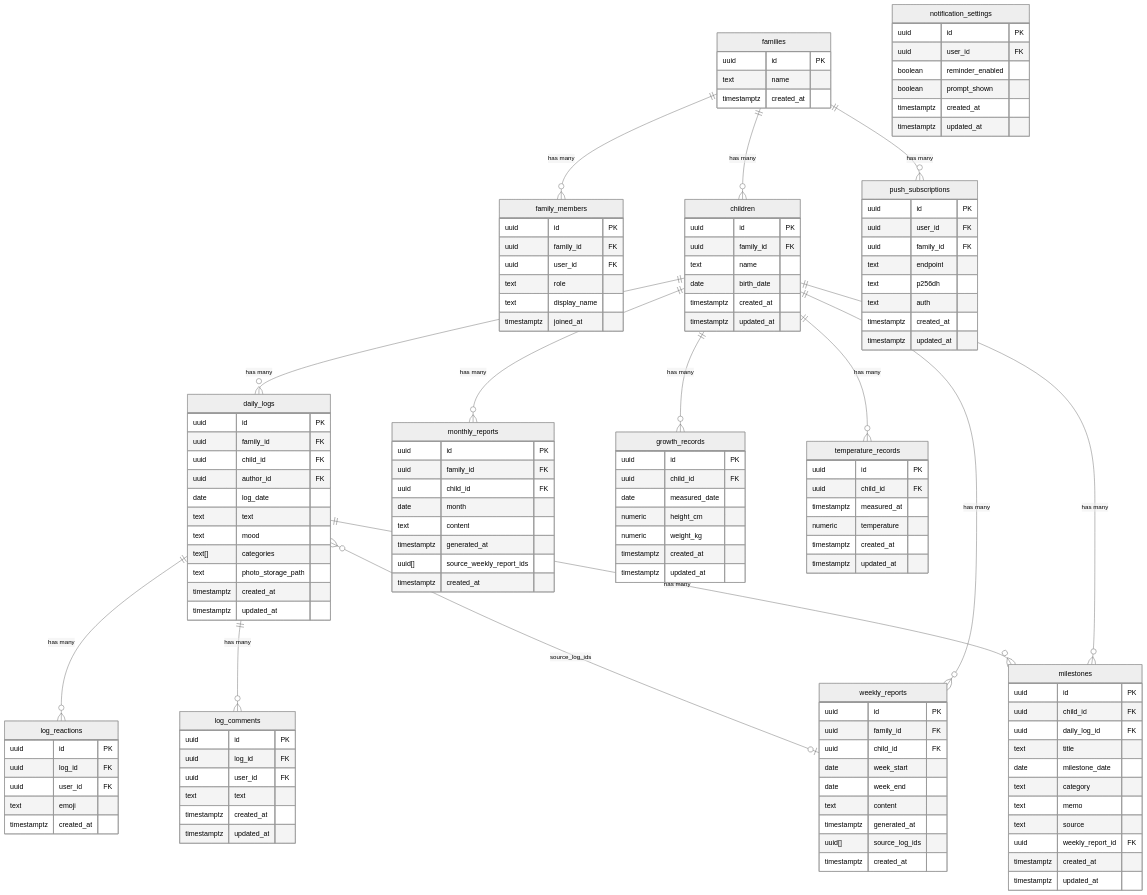
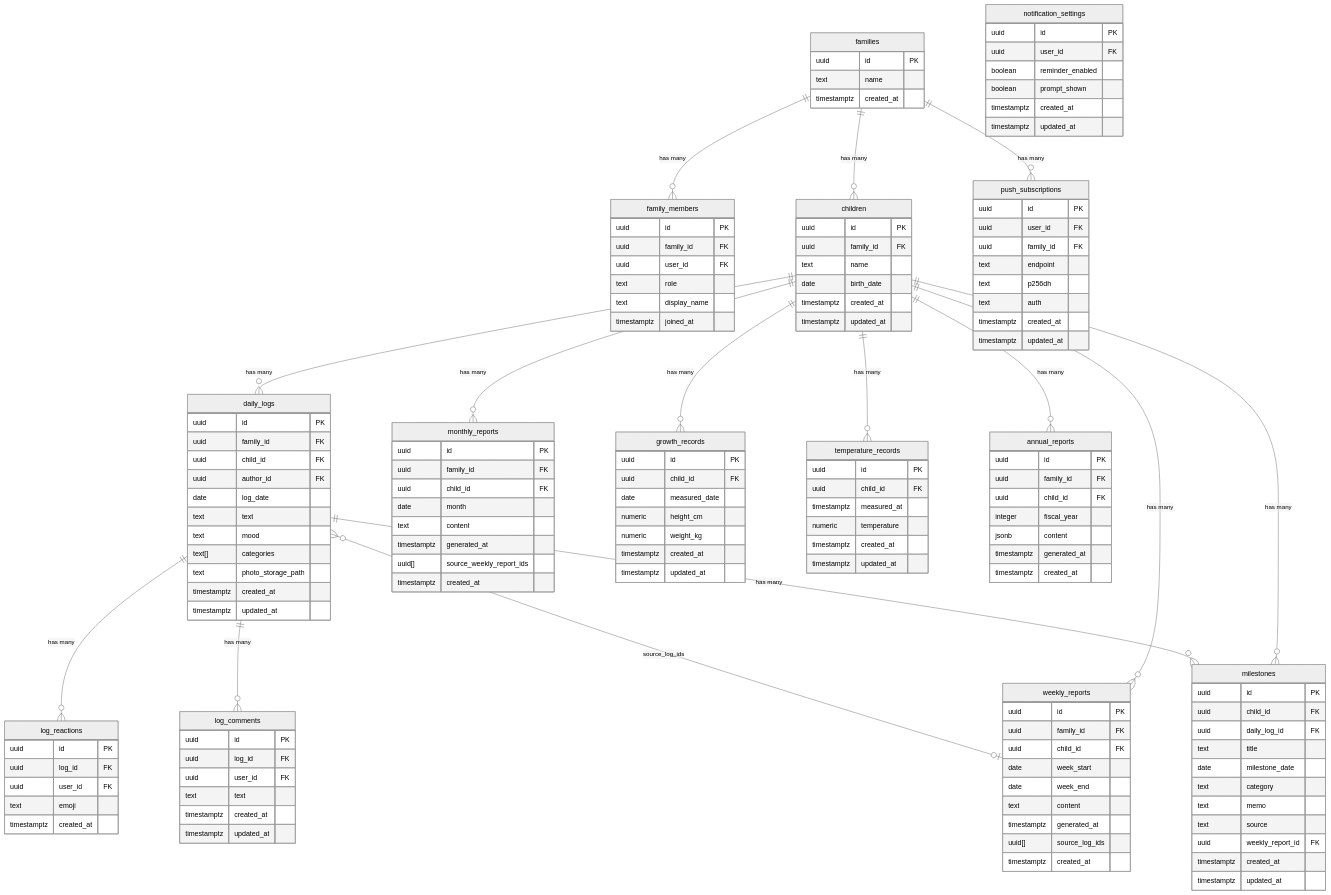
The second of 4 diagrams in docs/functional-design.md (Hiroaki0117/baby-weekly-letter), drawn with Mermaid (neutral theme) before and after one commit. The commit also changed other lines of this file and 1 other file, not shown here.

Commit message:
docs: annual_reportsテーブル定義・RLSポリシーをfunctional-design.mdに追加

````diff
--- a/docs/functional-design.md
+++ b/docs/functional-design.md
@@ -45,6 +45,7 @@
     children ||--o{ growth_records : "has many"
     children ||--o{ temperature_records : "has many"
     children ||--o{ milestones : "has many"
+    children ||--o{ annual_reports : "has many"
     families ||--o{ push_subscriptions : "has many"
     daily_logs ||--o{ log_reactions : "has many"
     daily_logs ||--o{ log_comments : "has many"
@@ -181,4 +182,14 @@
         timestamptz created_at
         timestamptz updated_at
     }
+
+    annual_reports {
+        uuid id PK
+        uuid family_id FK
+        uuid child_id FK
+        integer fiscal_year
+        jsonb content
+        timestamptz generated_at
+        timestamptz created_at
+    }
 ```
````
